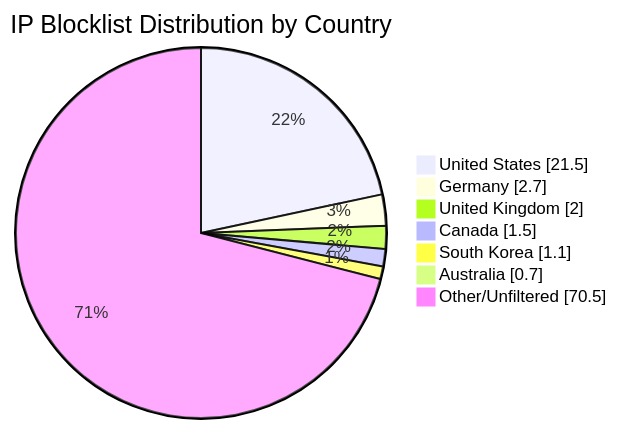
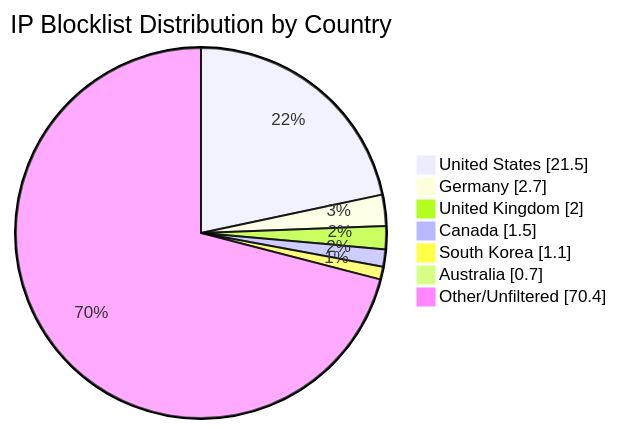
The diagram in README.md (MarcusHoltz/ipblocklist-geofiltered-aggregator), drawn with Mermaid before and after one commit. The commit also changed other lines of this file and 9 other files, not shown here.

````diff
--- a/README.md
+++ b/README.md
@@ -34,10 +34,10 @@
 ```mermaid
 pie showData title IP Blocklist Distribution by Country
 "United States" : 21.5
 "Germany" : 2.7
 "United Kingdom" : 2.0
 "Canada" : 1.5
 "South Korea" : 1.1
 "Australia" : 0.7
-"Other/Unfiltered" : 70.5
+"Other/Unfiltered" : 70.4
 ```
````
